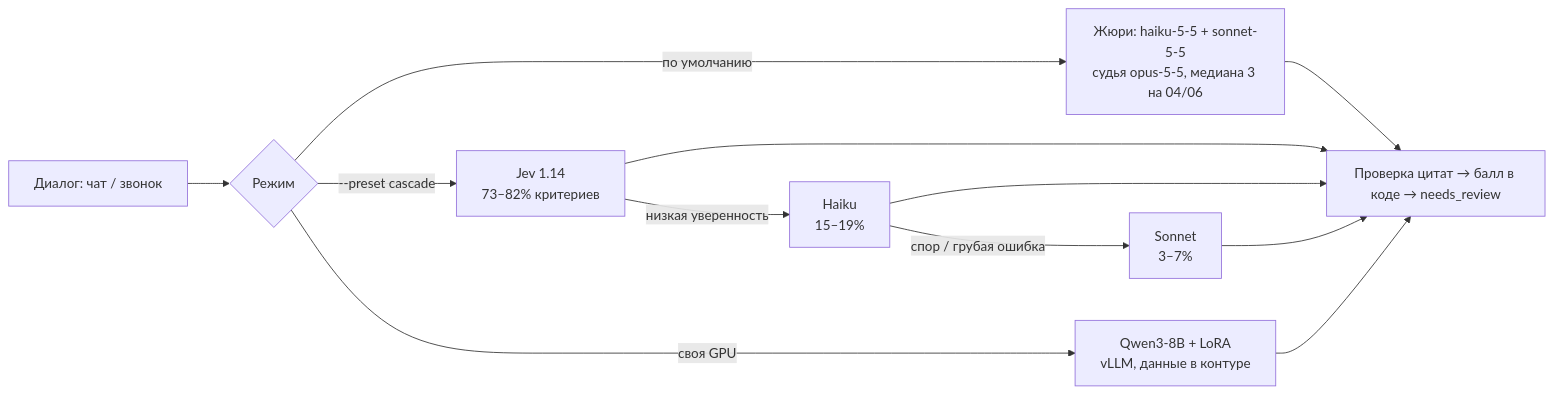
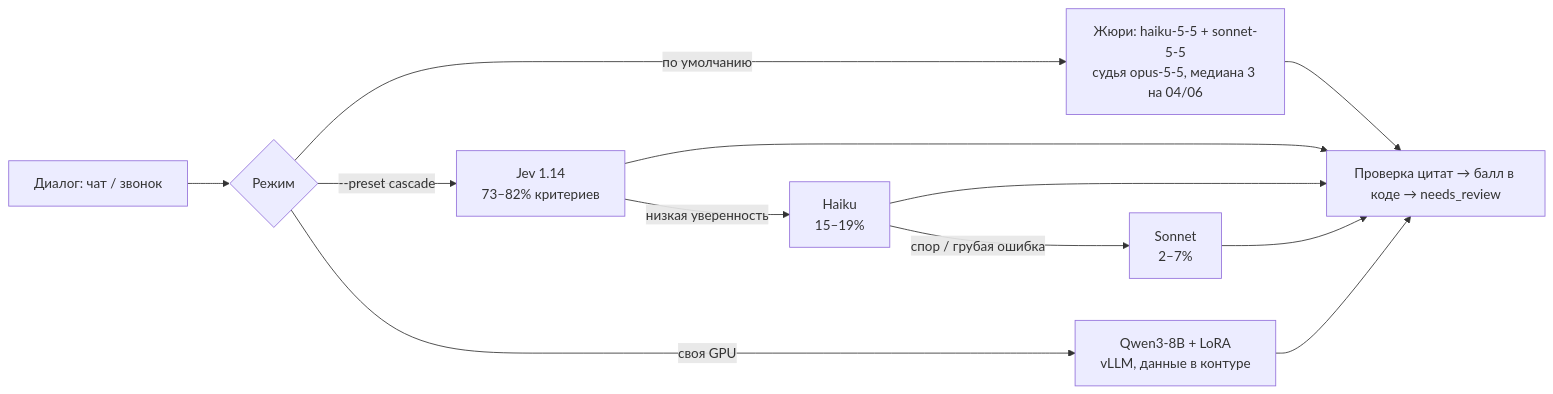
The first of 3 diagrams in README.md (useing123/d00mathon), drawn with Mermaid before and after one commit. The commit also changed other lines of this file and 9 other files, not shown here.

````diff
--- a/README.md
+++ b/README.md
@@ -15,14 +15,14 @@
 ```mermaid
 flowchart LR
     D[Диалог: чат / звонок] --> M{Режим}
     M -->|по умолчанию| J["Жюри: haiku-5-5 + sonnet-5-5<br/>судья opus-5-5, медиана 3 на 04/06"]
     M -->|--preset cascade| C1["Jev 1.14<br/>73–82% критериев"]
     C1 -->|низкая уверенность| C2["Haiku<br/>15–19%"]
-    C2 -->|спор / грубая ошибка| C3["Sonnet<br/>3–7%"]
+    C2 -->|спор / грубая ошибка| C3["Sonnet<br/>2–7%"]
     M -->|своя GPU| L["Qwen3-8B + LoRA<br/>vLLM, данные в контуре"]
     J --> V[Проверка цитат → балл в коде → needs_review]
     C1 --> V
     C2 --> V
     C3 --> V
     L --> V
 ```
````
